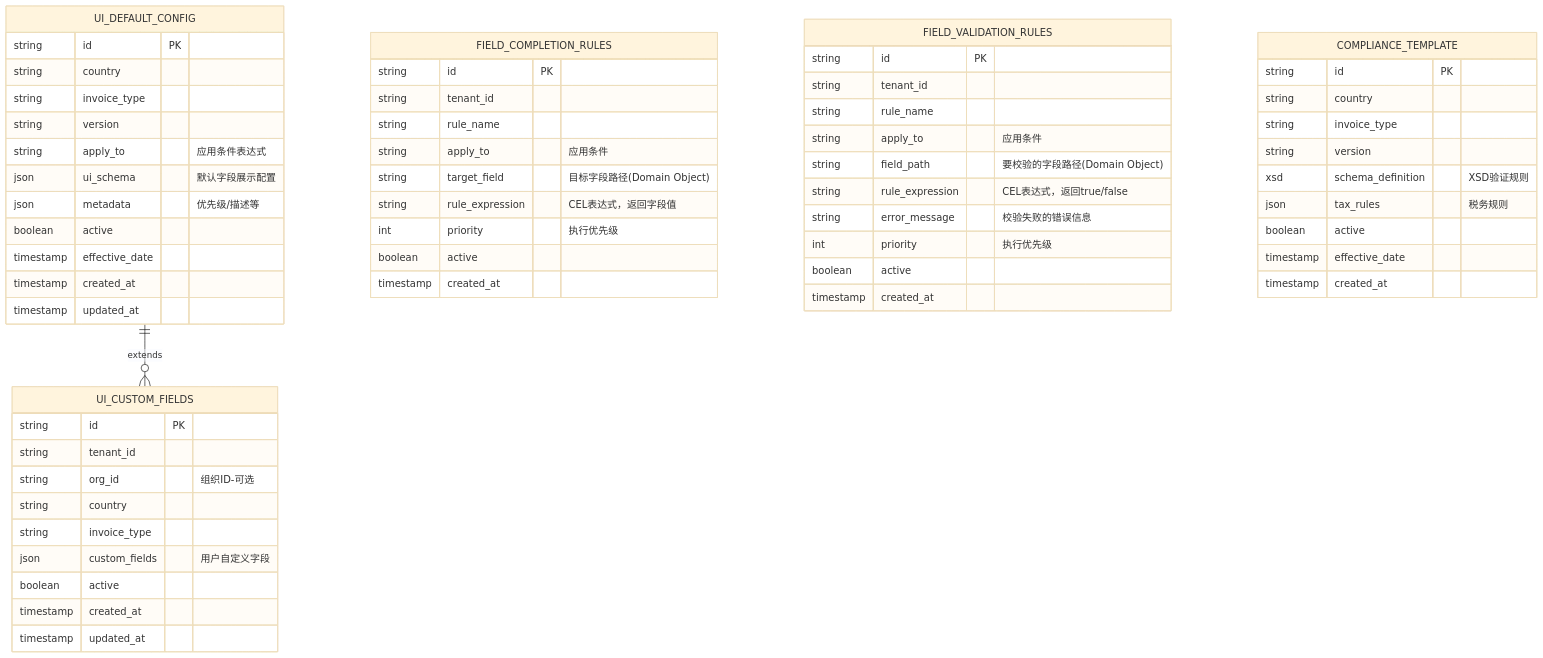
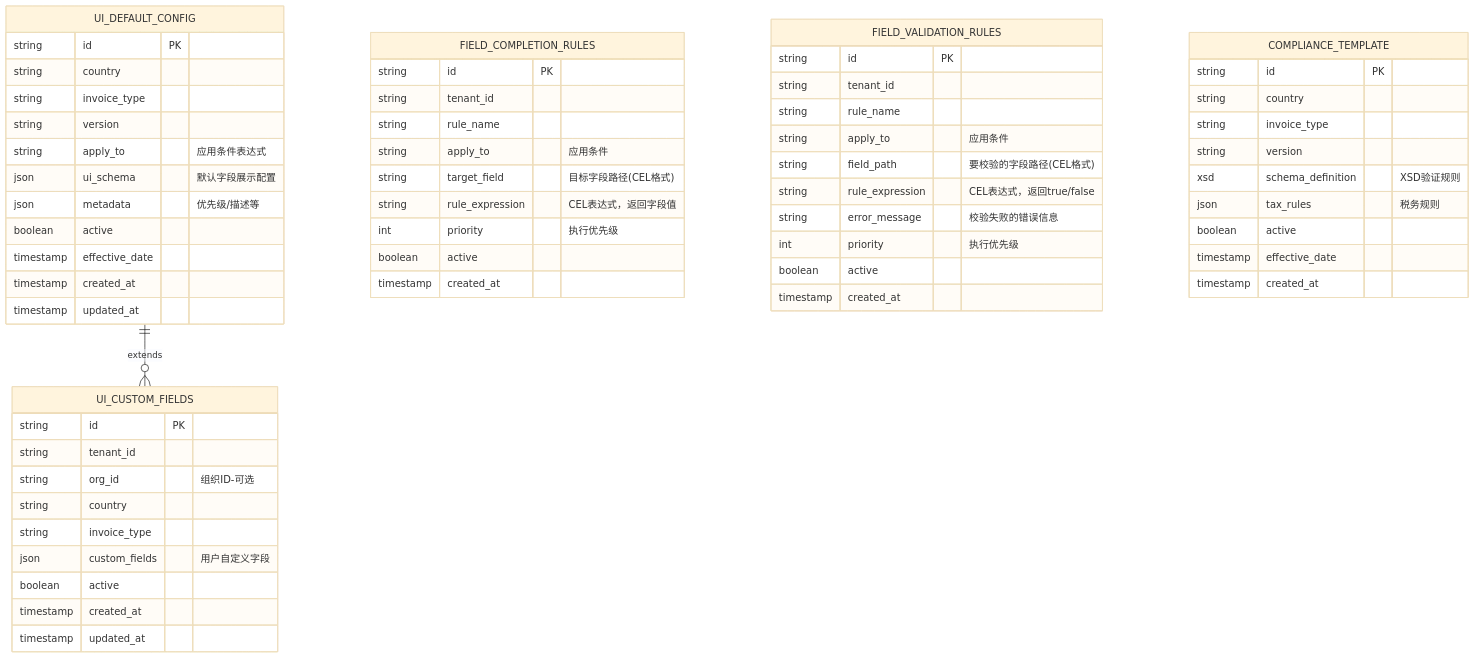
One commit to qinqiang2000/ng_demo changed the fourth of 12 diagrams in next-gen-invoice-architecture.md. Above: the diagram before and after it, drawn with Mermaid (base theme). The commit also changed other lines of this file and 1 other file, not shown here.

````diff
--- a/next-gen-invoice-architecture.md
+++ b/next-gen-invoice-architecture.md
@@ -276,67 +277,67 @@
 ```mermaid
 erDiagram
     UI_DEFAULT_CONFIG   ||--o{ UI_CUSTOM_FIELDS : extends
     
     FIELD_COMPLETION_RULES {
         string id PK
         string tenant_id
         string rule_name
         string apply_to         "应用条件"
-        string target_field     "目标字段路径(Domain Object)"
+        string target_field     "目标字段路径(CEL格式)"
         string rule_expression  "CEL表达式，返回字段值"
         int    priority         "执行优先级"
         boolean active
         timestamp created_at
     }
     
     FIELD_VALIDATION_RULES {
         string id PK
         string tenant_id
         string rule_name
         string apply_to         "应用条件"
-        string field_path       "要校验的字段路径(Domain Object)"
+        string field_path       "要校验的字段路径(CEL格式)"
         string rule_expression  "CEL表达式，返回true/false"
         string error_message    "校验失败的错误信息"
         int    priority         "执行优先级"
         boolean active
         timestamp created_at
     }
     
     COMPLIANCE_TEMPLATE {
         string id PK
         string country
         string invoice_type
         string version
         xsd    schema_definition "XSD验证规则"
         json   tax_rules        "税务规则"
         boolean active
         timestamp effective_date
         timestamp created_at
     }
     
     UI_DEFAULT_CONFIG {
         string id PK
         string country
         string invoice_type  
         string version
         string apply_to         "应用条件表达式"
         json   ui_schema       "默认字段展示配置"
         json   metadata         "优先级/描述等"
         boolean active
         timestamp effective_date
         timestamp created_at
         timestamp updated_at
     }
     
     UI_CUSTOM_FIELDS {
         string id PK
         string tenant_id
         string org_id           "组织ID-可选"
         string country
         string invoice_type
         json   custom_fields    "用户自定义字段"
         boolean active
         timestamp created_at
         timestamp updated_at
     }
 ```
````
